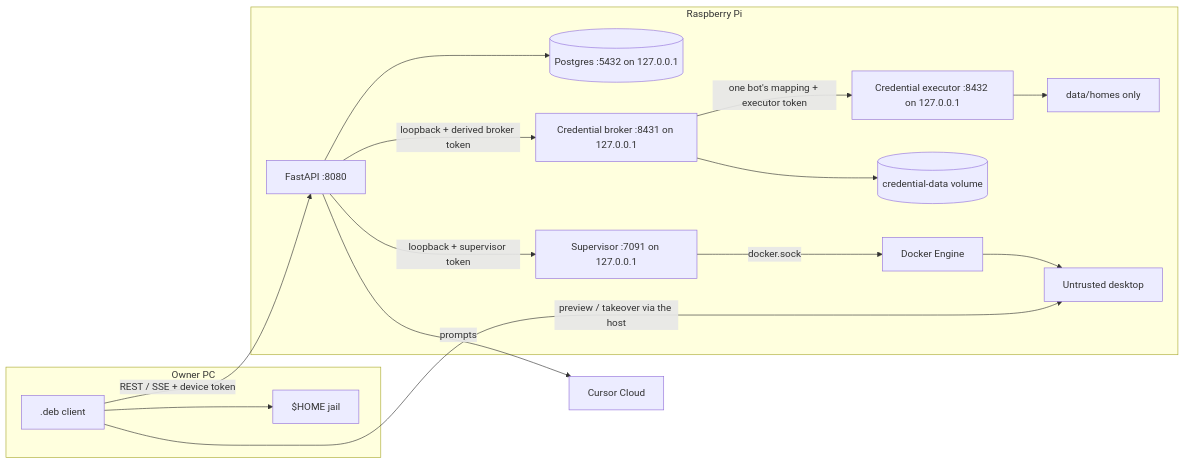
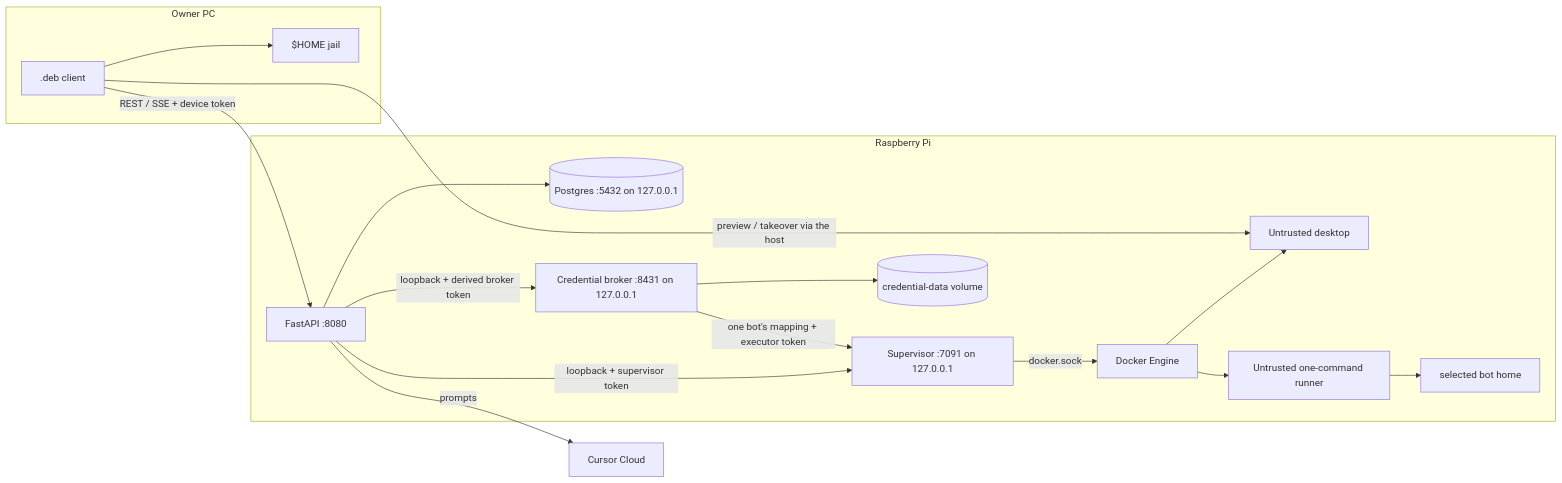
The diagram in THREAT-MODEL.md (itsuppartem/artek-buddy), drawn with Mermaid before and after one commit. The commit also changed other lines of this file and 33 other files, not shown here.

Commit message:
fix: isolate credential command execution

````diff
--- a/THREAT-MODEL.md
+++ b/THREAT-MODEL.md
@@ -34,31 +34,32 @@
 ```mermaid
 flowchart LR
   subgraph ownerPC [Owner PC]
     Deb[".deb client"]
     Home["$HOME jail"]
   end
   subgraph pi [Raspberry Pi]
     API["FastAPI :8080"]
     DB[(Postgres :5432 on 127.0.0.1)]
     Super["Supervisor :7091 on 127.0.0.1"]
     Broker["Credential broker :8431 on 127.0.0.1"]
-    Executor["Credential executor :8432 on 127.0.0.1"]
     Creds[(credential-data volume)]
-    Homes["data/homes only"]
+    Homes["selected bot home"]
     Engine["Docker Engine"]
     Box["Untrusted desktop"]
+    Runner["Untrusted one-command runner"]
   end
   Cursor["Cursor Cloud"]
   Deb -->|"REST / SSE + device token"| API
   Deb --> Home
   API --> DB
   API -->|"prompts"| Cursor
   API -->|"loopback + supervisor token"| Super
   API -->|"loopback + derived broker token"| Broker
   Broker --> Creds
-  Broker -->|"one bot's mapping + executor token"| Executor
-  Executor --> Homes
+  Broker -->|"one bot's mapping + executor token"| Super
   Super -->|"docker.sock"| Engine
   Engine --> Box
+  Engine --> Runner
+  Runner --> Homes
   Deb -->|"preview / takeover via the host"| Box
 ```
````
